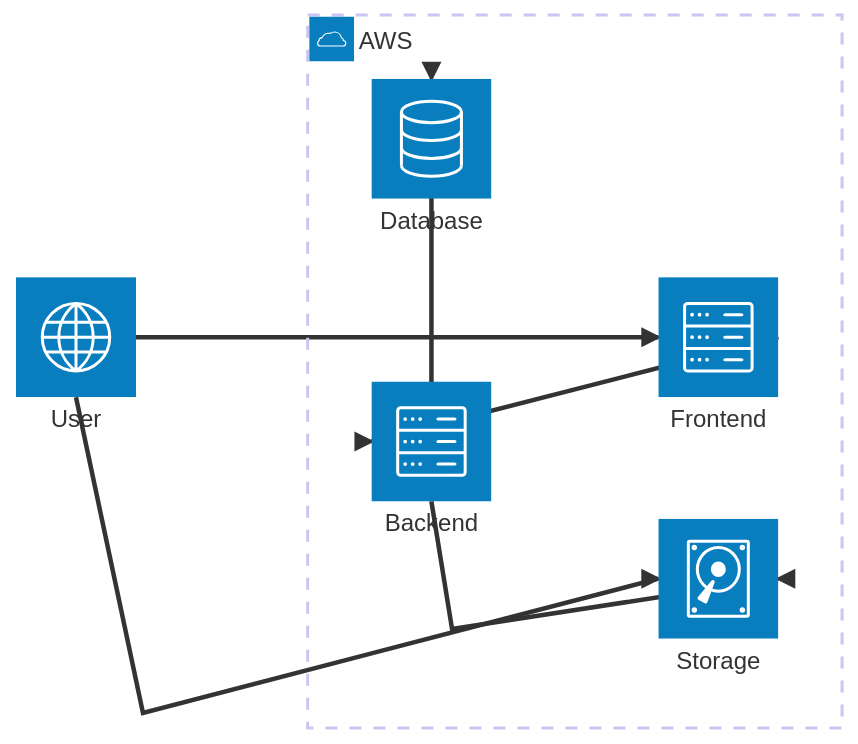
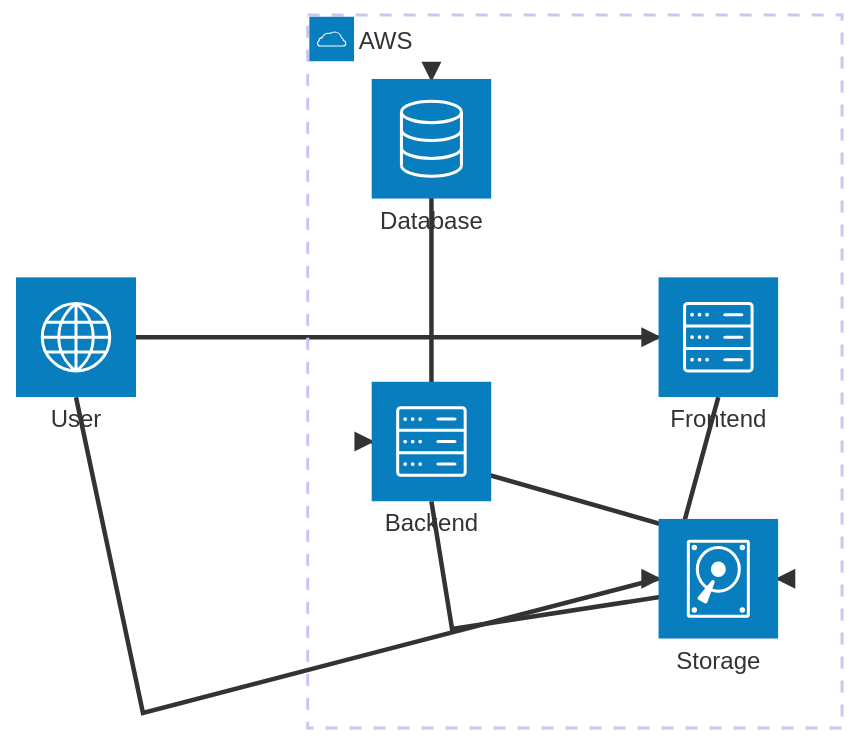
One commit to danielwohlgemuth/free-genai-bootcamp-2025 changed the first of 2 diagrams in aws/proof-of-concept/mermaid-architecture.md. Above: the diagram before and after it, drawn with Mermaid. The commit also changed other lines of this file, not shown here.

Commit message:
Add architecture as mermaid flowchart

````diff
--- a/aws/proof-of-concept/mermaid-architecture.md
+++ b/aws/proof-of-concept/mermaid-architecture.md
@@ -2,16 +5,16 @@
 ```mermaid
 architecture-beta
     group aws(cloud)[AWS]
 
     service web(internet)[User]
     service frontend(server)[Frontend] in aws
     service backend(server)[Backend] in aws
     service database(database)[Database] in aws
     service storage(disk)[Storage] in aws
 
     web:R --> L:frontend
-    frontend:R --> L:backend
+    frontend:B --> L:backend
     backend:B --> T:database
     backend:B --> R:storage
     web:B --> L:storage
 ```
````
